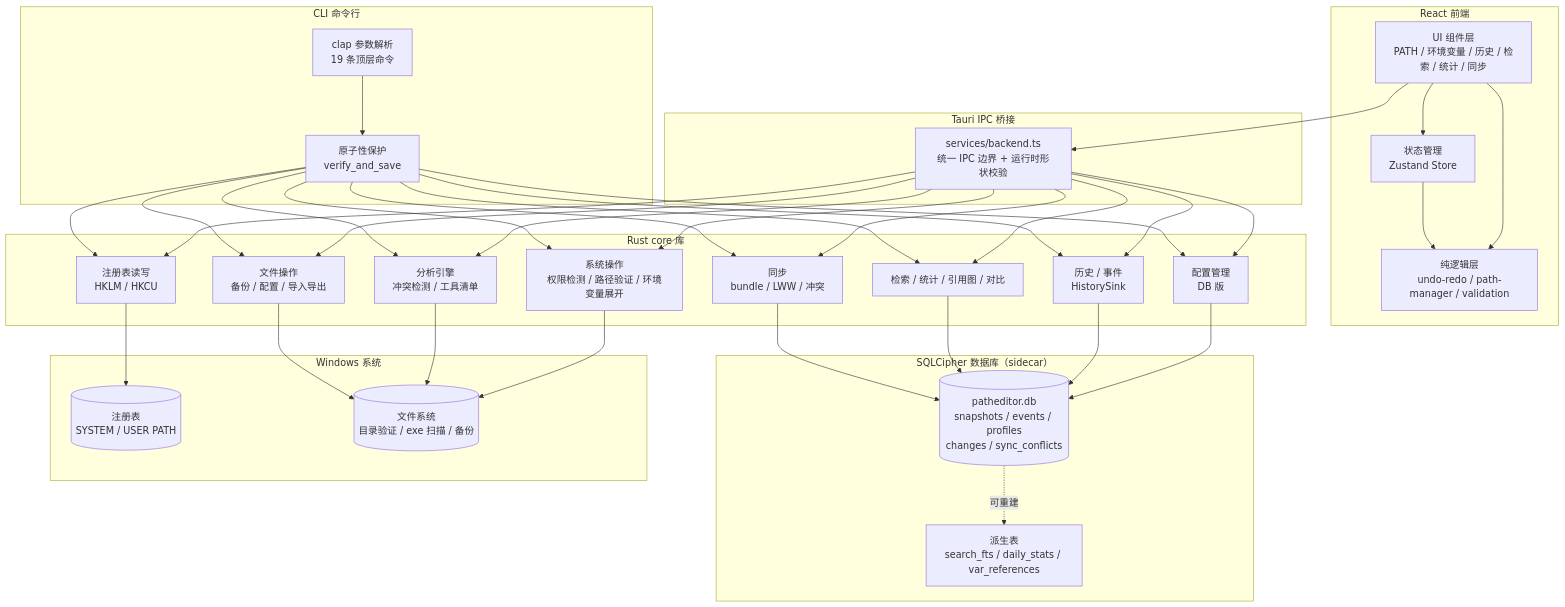
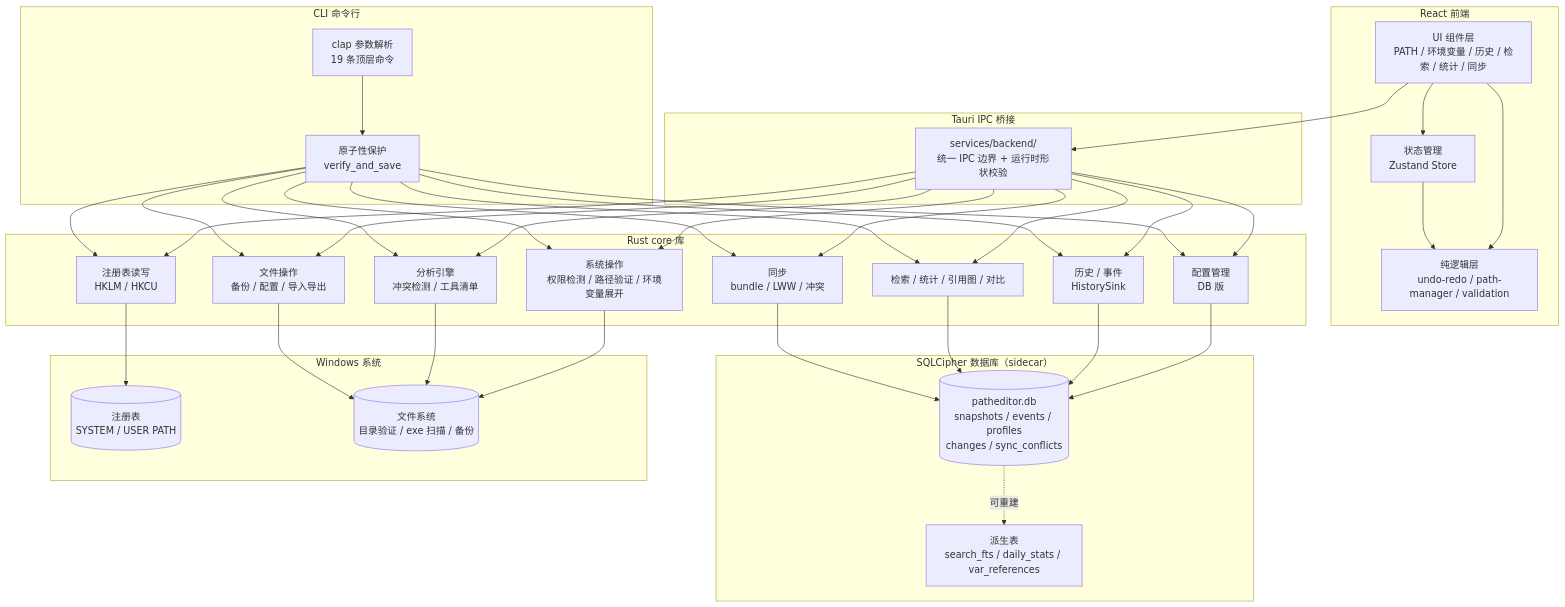
The first of 4 diagrams in README.md (LHY0125/PathEditor), drawn with Mermaid before and after one commit. The commit also changed other lines of this file and 111 other files, not shown here.

````diff
--- a/README.md
+++ b/README.md
@@ -118,69 +118,69 @@
 ```mermaid
 graph TB
     subgraph 前端["React 前端"]
         UI[UI 组件层<br/>PATH / 环境变量 / 历史 / 检索 / 统计 / 同步]
         Store[状态管理<br/>Zustand Store]
         Core[纯逻辑层<br/>undo-redo / path-manager / validation]
         UI --> Store
         UI --> Core
         Store --> Core
     end
 
     subgraph CLI["CLI 命令行"]
         Clap[clap 参数解析<br/>19 条顶层命令]
         Atomic[原子性保护<br/>verify_and_save]
     end
 
     subgraph IPC["Tauri IPC 桥接"]
-        invoke[services/backend.ts<br/>统一 IPC 边界 + 运行时形状校验]
+        invoke[services/backend/<br/>统一 IPC 边界 + 运行时形状校验]
     end
 
     subgraph 后端["Rust core 库"]
         Registry[注册表读写<br/>HKLM / HKCU]
         System[系统操作<br/>权限检测 / 路径验证 / 环境变量展开]
         Files[文件操作<br/>备份 / 配置 / 导入导出]
         Scanner[分析引擎<br/>冲突检测 / 工具清单]
         Profiles[配置管理<br/>DB 版]
         History[历史 / 事件<br/>HistorySink]
         Analytics[检索 / 统计 / 引用图 / 对比]
         Sync[同步<br/>bundle / LWW / 冲突]
     end
 
     subgraph DB["SQLCipher 数据库（sidecar）"]
         Main[("patheditor.db<br/>snapshots / events / profiles<br/>changes / sync_conflicts")]
         Derived["派生表<br/>search_fts / daily_stats / var_references"]
     end
 
     subgraph Windows["Windows 系统"]
         Reg[(注册表<br/>SYSTEM / USER PATH)]
         FS[(文件系统<br/>目录验证 / exe 扫描 / 备份)]
     end
 
     UI --> invoke
     invoke --> Registry
     invoke --> System
     invoke --> Files
     invoke --> Scanner
     invoke --> Profiles
     invoke --> History
     invoke --> Analytics
     invoke --> Sync
     Clap --> Atomic
     Atomic --> Registry
     Atomic --> System
     Atomic --> Files
     Atomic --> Scanner
     Atomic --> Profiles
     Atomic --> History
     Atomic --> Analytics
     Atomic --> Sync
     Registry --> Reg
     System --> FS
     Scanner --> FS
     Files --> FS
     Profiles --> Main
     History --> Main
     Analytics --> Main
     Sync --> Main
     Main -.可重建.-> Derived
 ```
````
